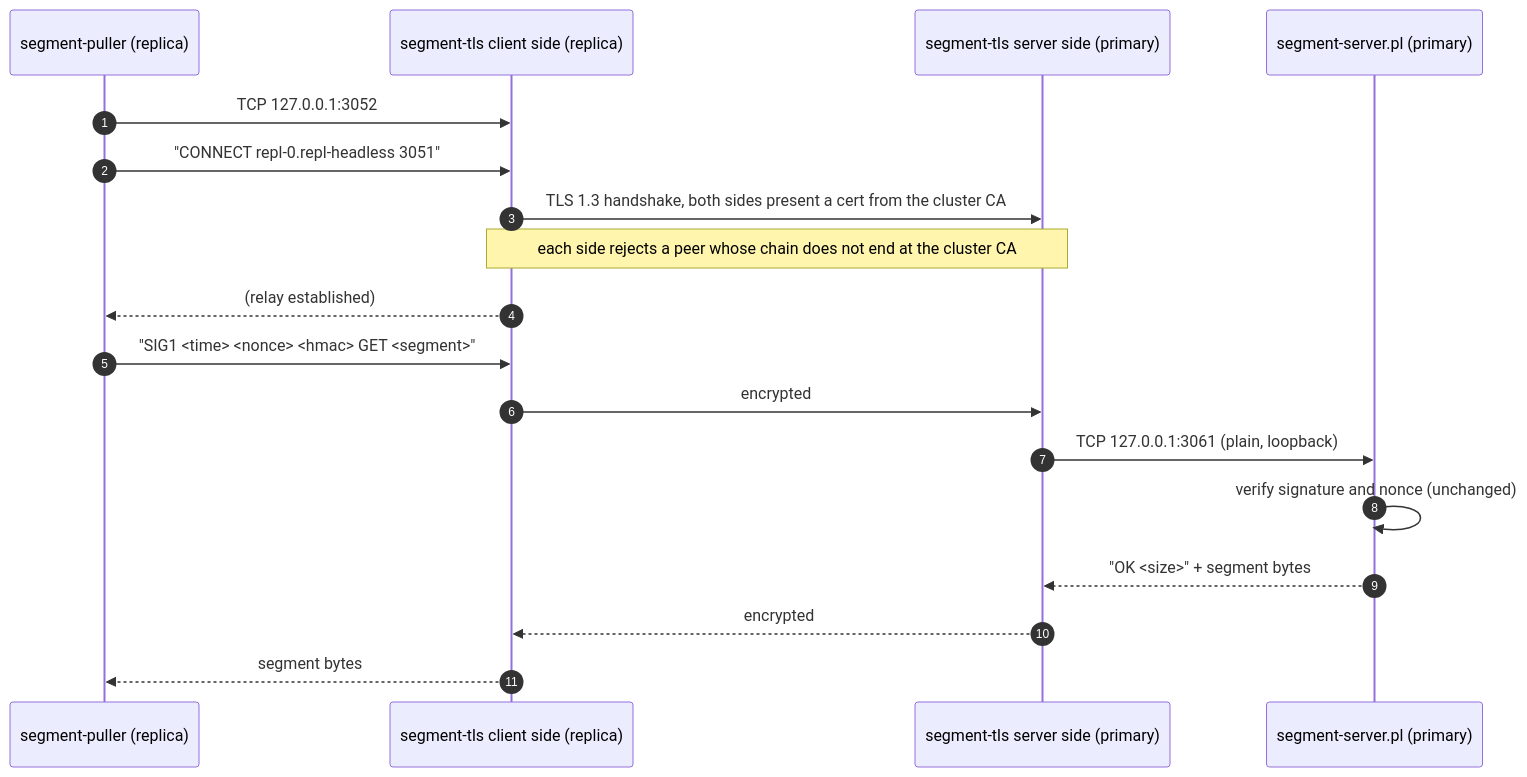
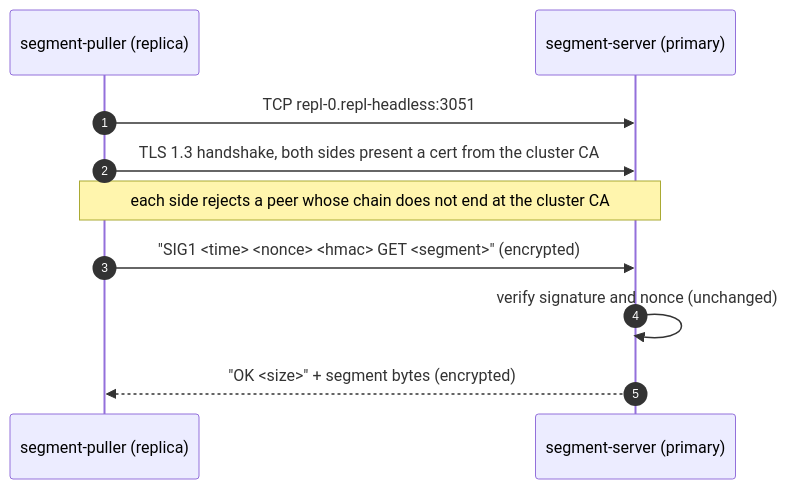
Before and after one commit to mariuz/cloudnative-firebird: the second of 4 diagrams in docs/segment-tls.md, drawn with Mermaid. The commit also changed other lines of this file and 36 other files, not shown here.

````diff
--- a/docs/segment-tls.md
+++ b/docs/segment-tls.md
@@ -191,21 +184,13 @@
 ```mermaid
 sequenceDiagram
   autonumber
   participant Pull as segment-puller (replica)
-  participant CP as segment-tls client side (replica)
-  participant SP as segment-tls server side (primary)
-  participant SS as segment-server.pl (primary)
+  participant SS as segment-server (primary)
 
-  Pull->>CP: TCP 127.0.0.1:3052
-  Pull->>CP: "CONNECT repl-0.repl-headless 3051"
-  CP->>SP: TLS 1.3 handshake, both sides present a cert from the cluster CA
-  Note over CP,SP: each side rejects a peer whose chain does not end at the cluster CA
-  CP-->>Pull: (relay established)
-  Pull->>CP: "SIG1 <time> <nonce> <hmac> GET <segment>"
-  CP->>SP: encrypted
-  SP->>SS: TCP 127.0.0.1:3061 (plain, loopback)
+  Pull->>SS: TCP repl-0.repl-headless:3051
+  Pull->>SS: TLS 1.3 handshake, both sides present a cert from the cluster CA
+  Note over Pull,SS: each side rejects a peer whose chain does not end at the cluster CA
+  Pull->>SS: "SIG1 <time> <nonce> <hmac> GET <segment>" (encrypted)
   SS->>SS: verify signature and nonce (unchanged)
-  SS-->>SP: "OK <size>" + segment bytes
-  SP-->>CP: encrypted
-  CP-->>Pull: segment bytes
+  SS-->>Pull: "OK <size>" + segment bytes (encrypted)
 ```
````
